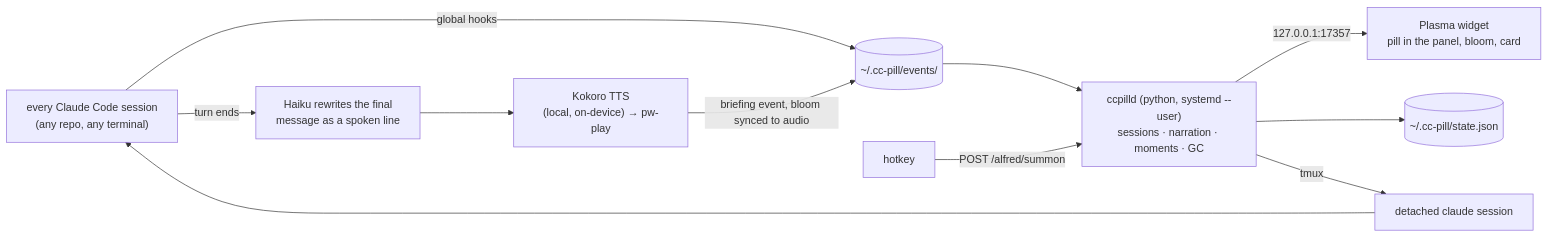
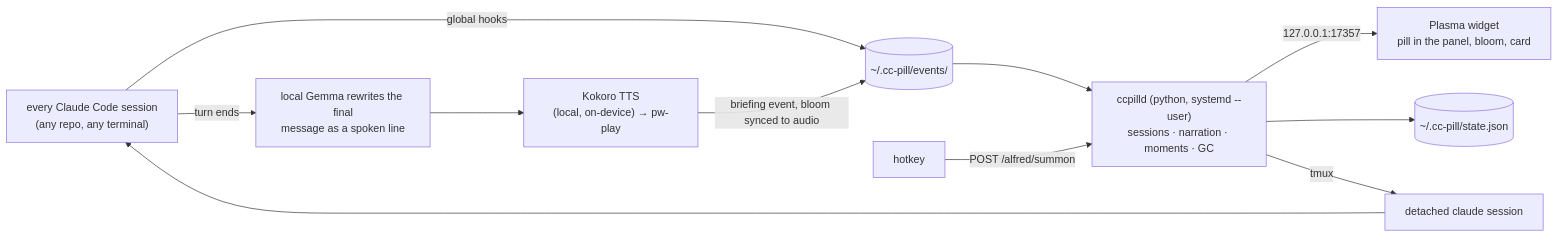
Before and after one commit to ambasoma/cc-pill: the diagram in README.md, drawn with Mermaid. The commit also changed other lines of this file and 8 other files, not shown here.

````diff
--- a/README.md
+++ b/README.md
@@ -226,13 +227,13 @@
 ```mermaid
 flowchart LR
     S["every Claude Code session<br/>(any repo, any terminal)"] -- "global hooks" --> E[("~/.cc-pill/events/")]
     E --> D["ccpilld (python, systemd --user)<br/>sessions · narration · moments · GC"]
     D -- "127.0.0.1:17357" --> W["Plasma widget<br/>pill in the panel, bloom, card"]
     D --> J[("~/.cc-pill/state.json")]
-    S -- "turn ends" --> H["Haiku rewrites the final<br/>message as a spoken line"]
+    S -- "turn ends" --> H["local Gemma rewrites the final<br/>message as a spoken line"]
     H --> K["Kokoro TTS<br/>(local, on-device) → pw-play"]
     K -- "briefing event, bloom synced to audio" --> E
     A["hotkey"] -- "POST /alfred/summon" --> D
     D -- "tmux" --> T["detached claude session"]
     T --> S
 ```
````
